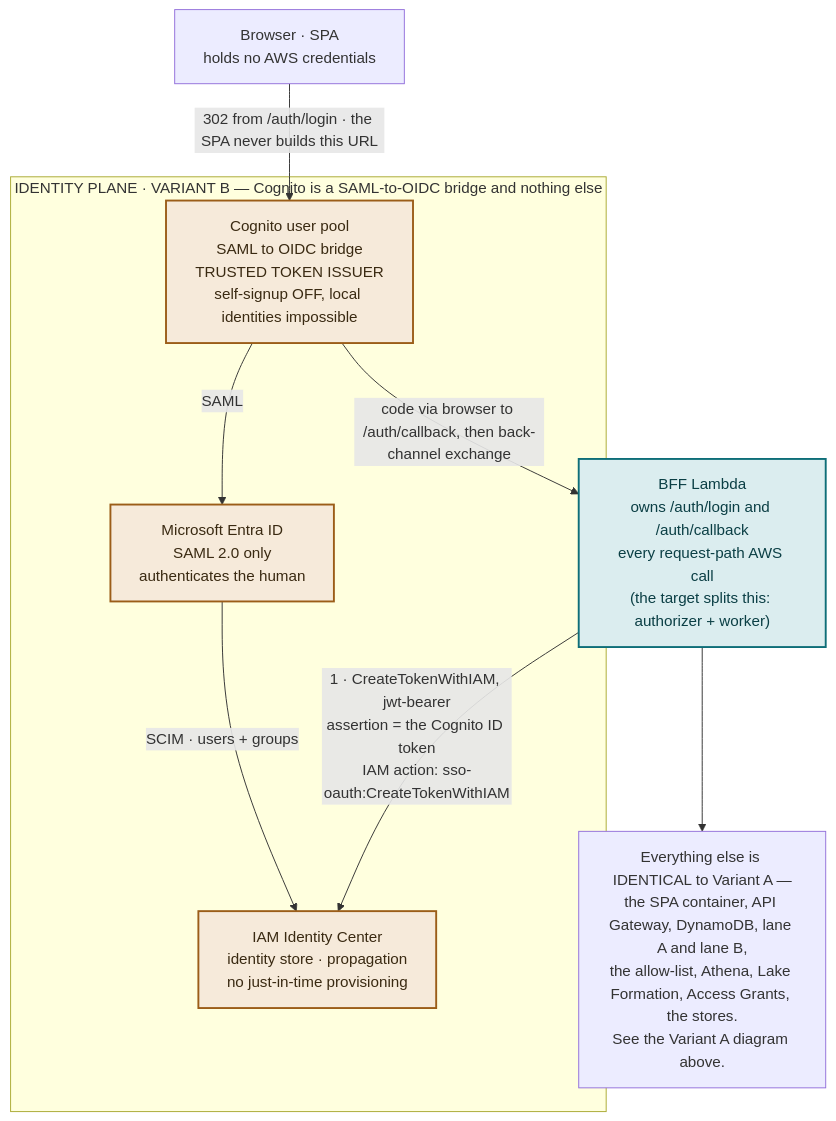
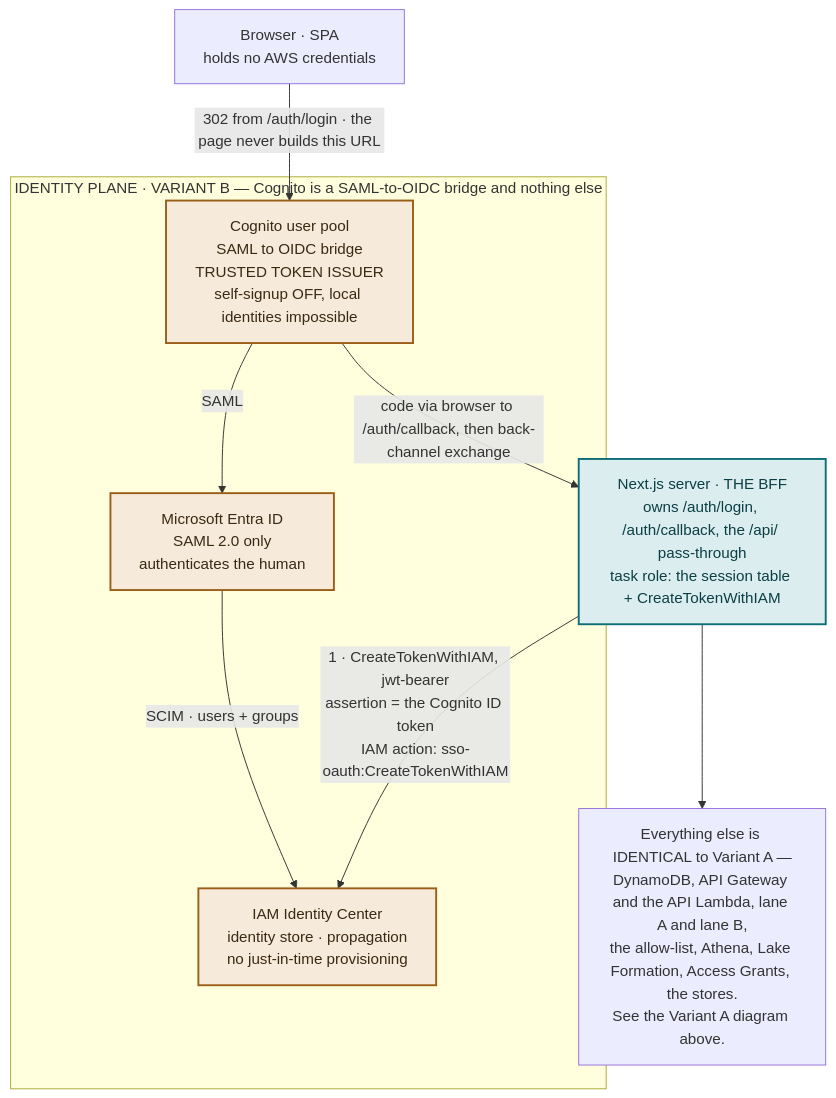
Before and after one commit to agriffi10/data-analysis-prototype: the second of 3 diagrams in docs/target-architecture-variants.md, drawn with Mermaid. The commit also changed other lines of this file and 1 other file, not shown here.

Commit message:
The transition plan settles the end state around the Next.js server, with no BFF Lambda (#1001)

````diff
--- a/docs/target-architecture-variants.md
+++ b/docs/target-architecture-variants.md
@@ -173,25 +174,25 @@
 ```mermaid
 flowchart TB
   BR["Browser · SPA<br/>holds no AWS credentials"]
 
   subgraph IDPLANE["IDENTITY PLANE · VARIANT B — Cognito is a SAML-to-OIDC bridge and nothing else"]
     COG["Cognito user pool<br/>SAML to OIDC bridge<br/>TRUSTED TOKEN ISSUER<br/>self-signup OFF, local identities impossible"]
     ENTRA["Microsoft Entra ID<br/>SAML 2.0 only<br/>authenticates the human"]
     IDC["IAM Identity Center<br/>identity store · propagation<br/>no just-in-time provisioning"]
     COG -->|"SAML"| ENTRA
     ENTRA -->|"SCIM · users + groups"| IDC
   end
 
-  BFF["BFF Lambda<br/>owns /auth/login and /auth/callback<br/>every request-path AWS call<br/>(the target splits this: authorizer + worker)"]
-  SAME["Everything else is IDENTICAL to Variant A —<br/>the SPA container, API Gateway, DynamoDB, lane A and lane B,<br/>the allow-list, Athena, Lake Formation, Access Grants, the stores.<br/>See the Variant A diagram above."]
+  WEB["Next.js server · THE BFF<br/>owns /auth/login, /auth/callback, the /api/ pass-through<br/>task role: the session table + CreateTokenWithIAM"]
+  SAME["Everything else is IDENTICAL to Variant A —<br/>DynamoDB, API Gateway and the API Lambda, lane A and lane B,<br/>the allow-list, Athena, Lake Formation, Access Grants, the stores.<br/>See the Variant A diagram above."]
 
-  BR -->|"302 from /auth/login · the SPA never builds this URL"| COG
-  COG -->|"code via browser to /auth/callback, then back-channel exchange"| BFF
-  BFF -->|"1 · CreateTokenWithIAM, jwt-bearer<br/>assertion = the Cognito ID token<br/>IAM action: sso-oauth:CreateTokenWithIAM"| IDC
-  BFF --> SAME
+  BR -->|"302 from /auth/login · the page never builds this URL"| COG
+  COG -->|"code via browser to /auth/callback, then back-channel exchange"| WEB
+  WEB -->|"1 · CreateTokenWithIAM, jwt-bearer<br/>assertion = the Cognito ID token<br/>IAM action: sso-oauth:CreateTokenWithIAM"| IDC
+  WEB --> SAME
 
   classDef variant fill:#F6EADA,stroke:#9B5D18,stroke-width:2px,color:#3A2A12
   classDef session fill:#DBEDEF,stroke:#0E6E78,stroke-width:2px,color:#0B3F45
   class COG,ENTRA,IDC variant
-  class BFF session
+  class WEB session
 ```
````
